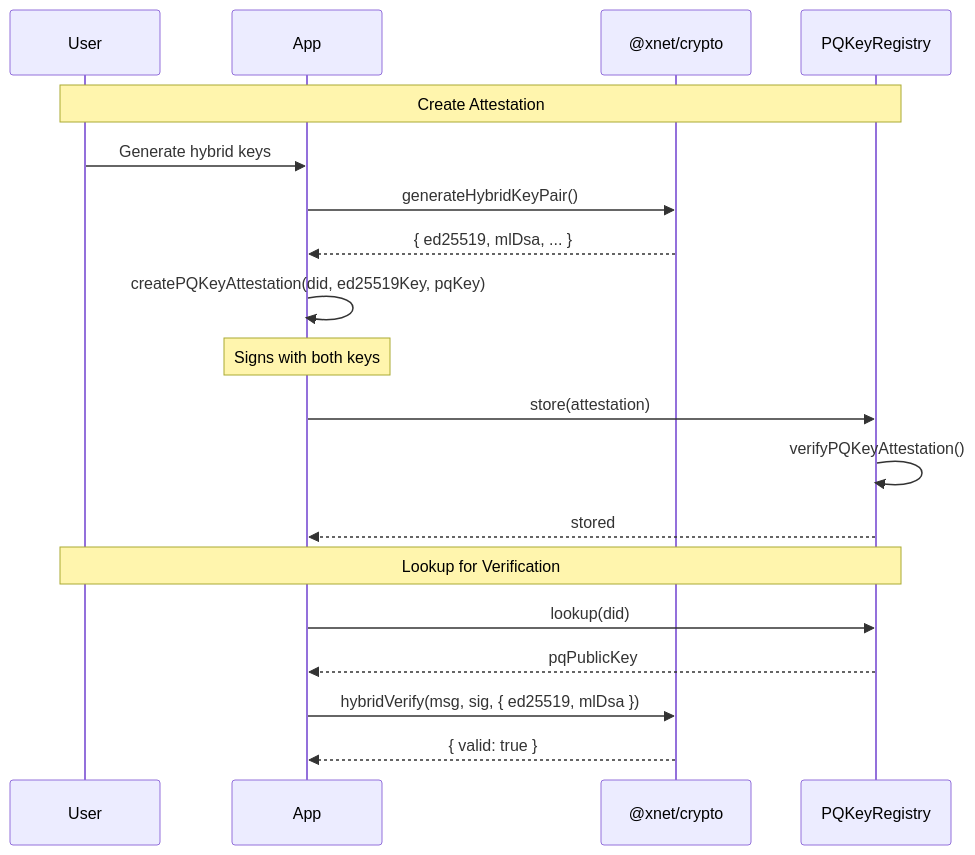
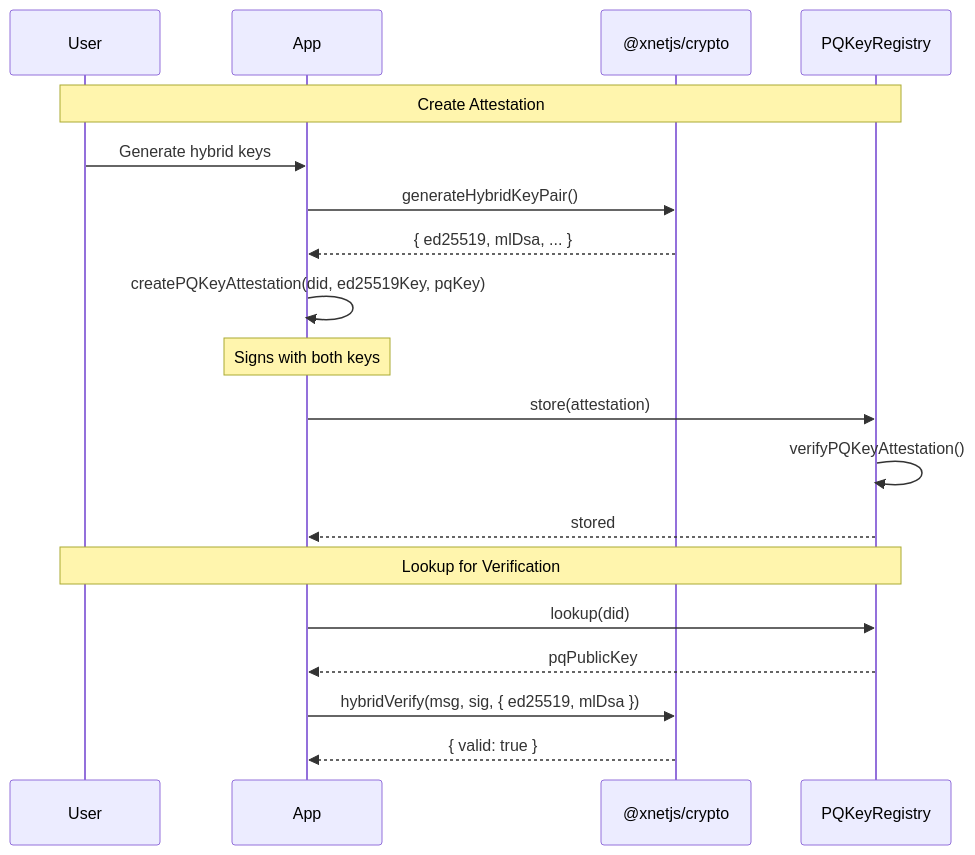
Before and after one commit to crs48/xNet: the second of 2 diagrams in docs/plans/plan03_9_2MultiLevelCrypto/04-pq-key-registry.md, drawn with Mermaid. The commit also changed other lines of this file and 980 other files, not shown here.

````diff
--- a/docs/plans/plan03_9_2MultiLevelCrypto/04-pq-key-registry.md
+++ b/docs/plans/plan03_9_2MultiLevelCrypto/04-pq-key-registry.md
@@ -688,26 +688,26 @@
 ```mermaid
 sequenceDiagram
     participant User
     participant App
-    participant Crypto as @xnet/crypto
+    participant Crypto as @xnetjs/crypto
     participant Registry as PQKeyRegistry
 
     Note over User,Registry: Create Attestation
     User->>App: Generate hybrid keys
     App->>Crypto: generateHybridKeyPair()
     Crypto-->>App: { ed25519, mlDsa, ... }
 
     App->>App: createPQKeyAttestation(did, ed25519Key, pqKey)
     Note over App: Signs with both keys
 
     App->>Registry: store(attestation)
     Registry->>Registry: verifyPQKeyAttestation()
     Registry-->>App: stored
 
     Note over User,Registry: Lookup for Verification
     App->>Registry: lookup(did)
     Registry-->>App: pqPublicKey
 
     App->>Crypto: hybridVerify(msg, sig, { ed25519, mlDsa })
     Crypto-->>App: { valid: true }
 ```
````
